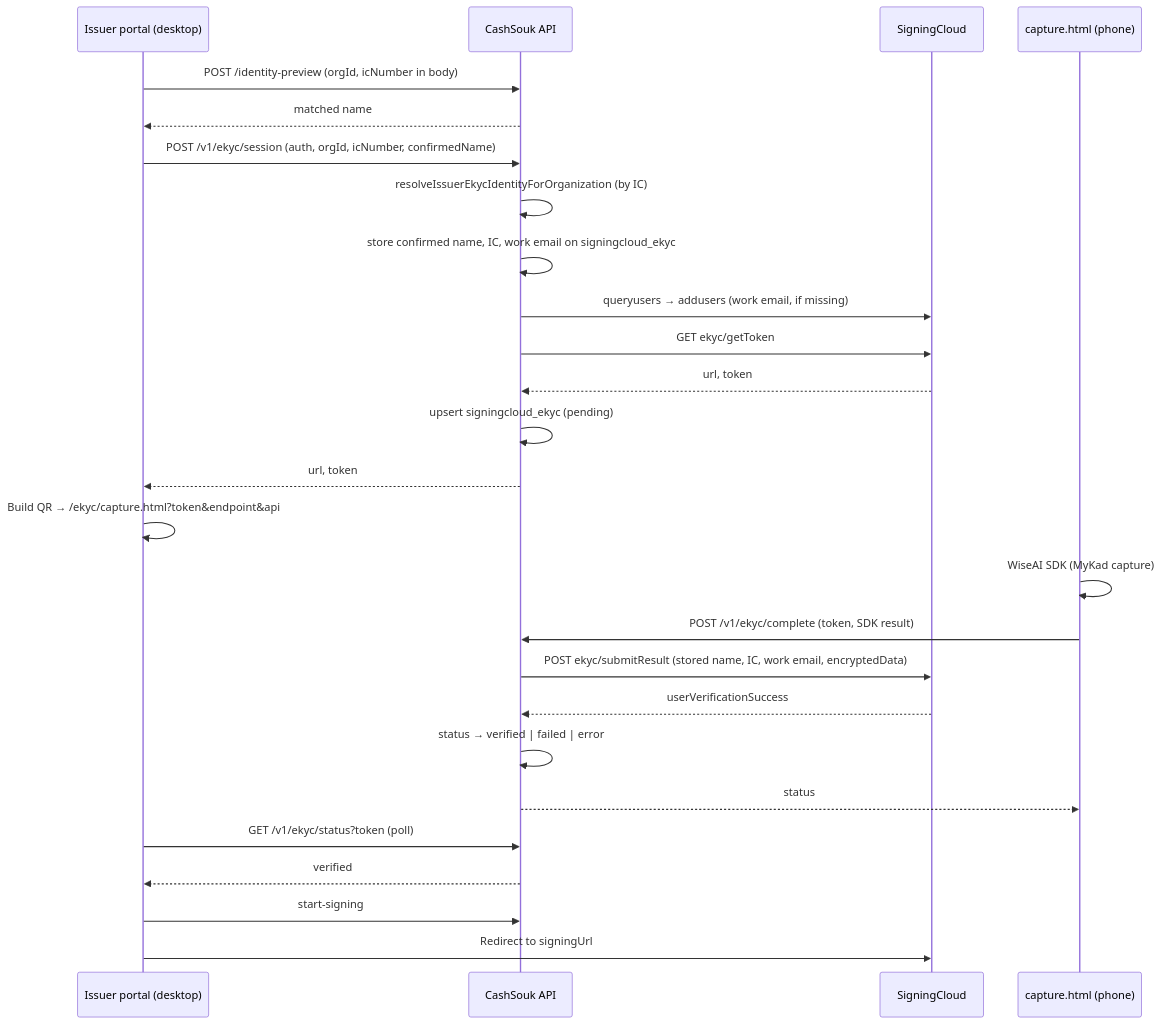
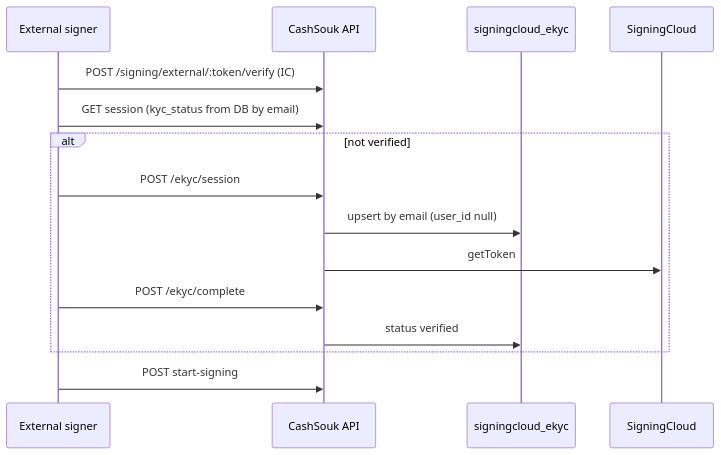
One commit to Malcan-Technologies/shoraka changed the diagram in docs/integrations/signingcloud-ekyc-flow.md. Above: the diagram before and after it, drawn with Mermaid. The commit also changed other lines of this file and 64 other files, not shown here.

First line of the commit message:
Replace the legacy inline SigningCloud offer-signing path (offer_signing JSON on contracts/invoices, admin resign flows, issuer-portal eKYC hooks) with a single envelope-based model where every signer is an external party.

````diff
--- a/docs/integrations/signingcloud-ekyc-flow.md
+++ b/docs/integrations/signingcloud-ekyc-flow.md
@@ -23,31 +24,18 @@
 ```mermaid
 sequenceDiagram
-  participant Desktop as Issuer portal (desktop)
+  participant Signer as External signer
   participant API as CashSouk API
+  participant DB as signingcloud_ekyc
   participant SC as SigningCloud
-  participant Mobile as capture.html (phone)
 
-  Desktop->>API: POST /identity-preview (orgId, icNumber in body)
-  API-->>Desktop: matched name
-  Desktop->>API: POST /v1/ekyc/session (auth, orgId, icNumber, confirmedName)
-  API->>API: resolveIssuerEkycIdentityForOrganization (by IC)
-  API->>API: store confirmed name, IC, work email on signingcloud_ekyc
-  API->>SC: queryusers → addusers (work email, if missing)
-  API->>SC: GET ekyc/getToken
-  SC-->>API: url, token
-  API->>API: upsert signingcloud_ekyc (pending)
-  API-->>Desktop: url, token
-  Desktop->>Desktop: Build QR → /ekyc/capture.html?token&endpoint&api
-
-  Mobile->>Mobile: WiseAI SDK (MyKad capture)
-  Mobile->>API: POST /v1/ekyc/complete (token, SDK result)
-  API->>SC: POST ekyc/submitResult (stored name, IC, work email, encryptedData)
-  SC-->>API: userVerificationSuccess
-  API->>API: status → verified | failed | error
-  API-->>Mobile: status
-
-  Desktop->>API: GET /v1/ekyc/status?token (poll)
-  API-->>Desktop: verified
-  Desktop->>API: start-signing
-  Desktop->>SC: Redirect to signingUrl
+  Signer->>API: POST /signing/external/:token/verify (IC)
+  Signer->>API: GET session (kyc_status from DB by email)
+  alt not verified
+    Signer->>API: POST /ekyc/session
+    API->>DB: upsert by email (user_id null)
+    API->>SC: getToken
+    Signer->>API: POST /ekyc/complete
+    API->>DB: status verified
+  end
+  Signer->>API: POST start-signing
 ```
````
